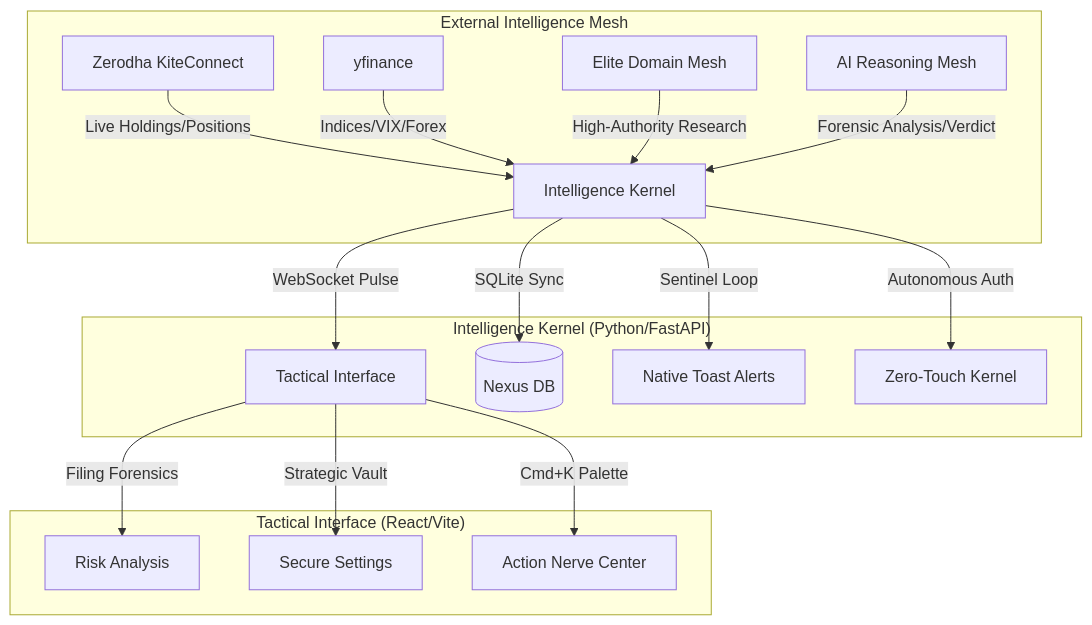
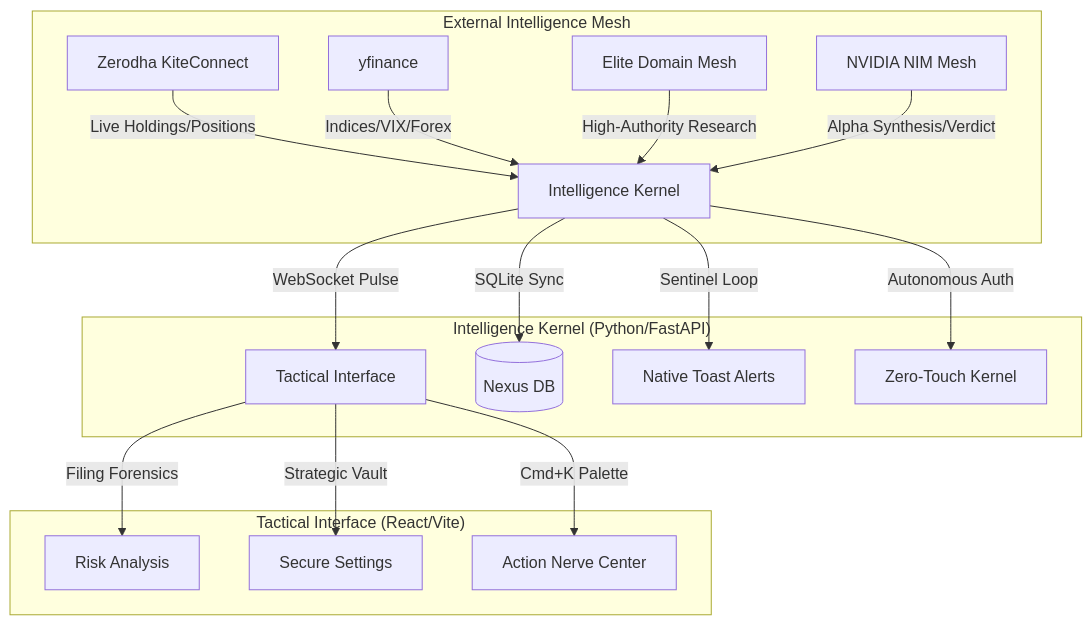
The diagram in README.md (hackers-reality/FinIntel), drawn with Mermaid before and after one commit. The commit also changed other lines of this file and 1 other file, not shown here.

Commit message:
feat: Sovereign 2.4 NVIDIA Build - NVIDIA NIM Priority Kernel & Dossier

````diff
--- a/README.md
+++ b/README.md
@@ -12,22 +12,22 @@
 ```mermaid
 graph TD
     subgraph "External Intelligence Mesh"
         A[Zerodha KiteConnect] -->|Live Holdings/Positions| E[Intelligence Kernel]
         B[yfinance] -->|Indices/VIX/Forex| E
         C[Elite Domain Mesh] -->|High-Authority Research| E
-        D[AI Reasoning Mesh] -->|Forensic Analysis/Verdict| E
+        D[NVIDIA NIM Mesh] -->|Alpha Synthesis/Verdict| E
     end
 
     subgraph "Intelligence Kernel (Python/FastAPI)"
         E -->|WebSocket Pulse| F[Tactical Interface]
         E -->|SQLite Sync| G[(Nexus DB)]
         E -->|Sentinel Loop| H[Native Toast Alerts]
         E -->|Autonomous Auth| I[Zero-Touch Kernel]
     end
 
     subgraph "Tactical Interface (React/Vite)"
         F -->|Filing Forensics| J[Risk Analysis]
         F -->|Strategic Vault| K[Secure Settings]
         F -->|Cmd+K Palette| L[Action Nerve Center]
     end
 ```
````
